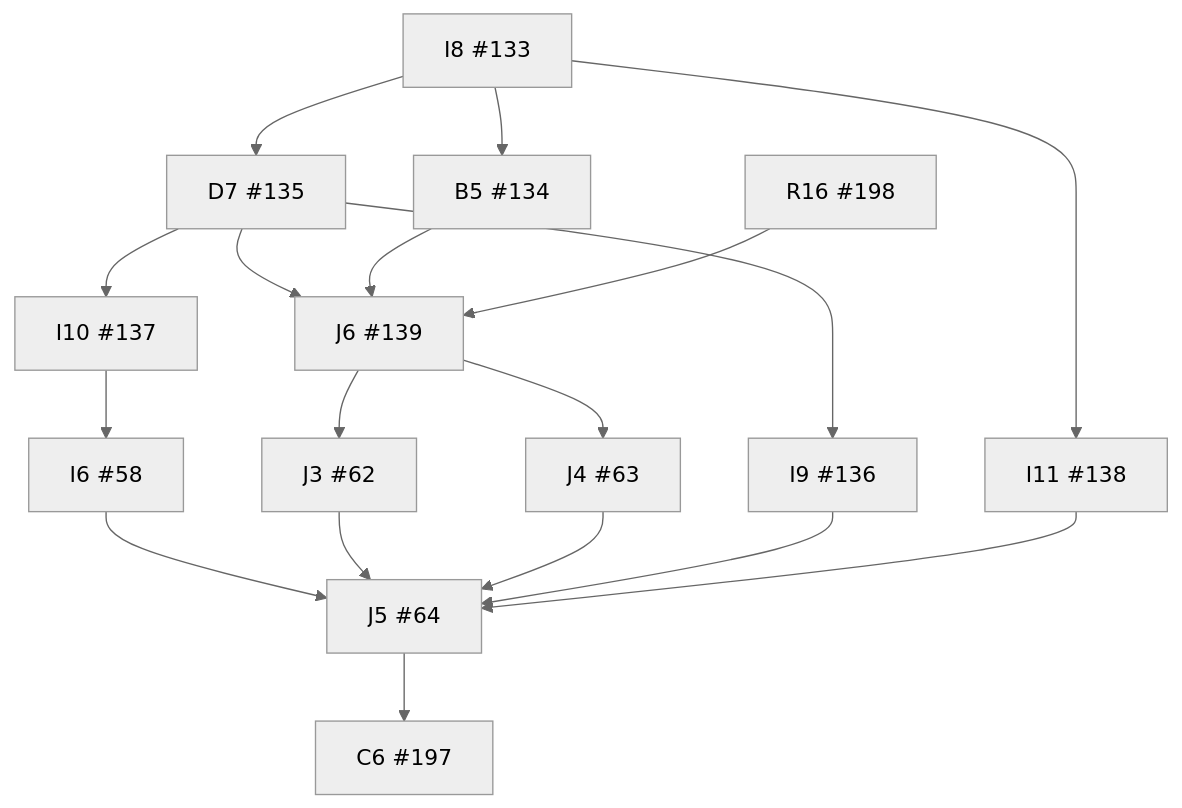
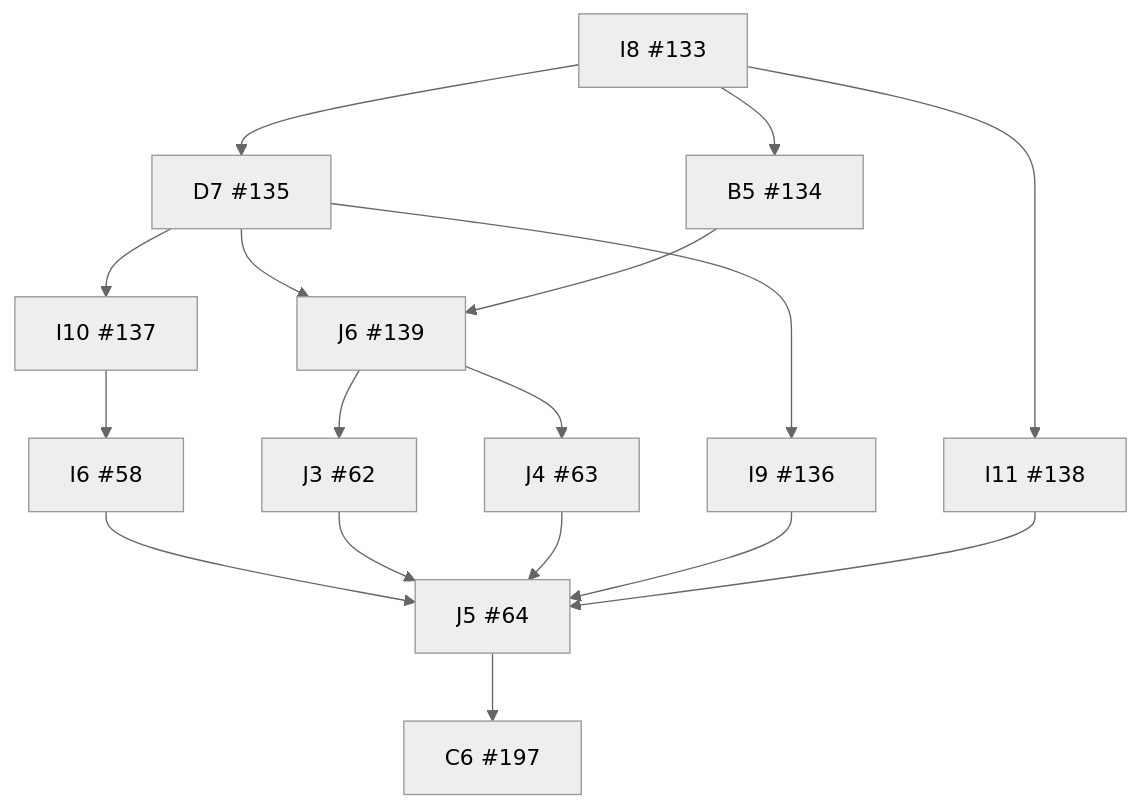
One commit to wojtekpiskorz/kiero changed the diagram in docs/implementation/dependency-graph.md. Above: the diagram before and after it, drawn with Mermaid (neutral theme). The commit also changed other lines of this file and 4 other files, not shown here.

````diff
--- a/docs/implementation/dependency-graph.md
+++ b/docs/implementation/dependency-graph.md
@@ -9,33 +9,31 @@
 ```mermaid
 flowchart TD
   I6["I6 #58"]
   J3["J3 #62"]
   J4["J4 #63"]
   J5["J5 #64"]
   I8["I8 #133"]
   B5["B5 #134"]
   D7["D7 #135"]
   I9["I9 #136"]
   I10["I10 #137"]
   I11["I11 #138"]
   J6["J6 #139"]
   C6["C6 #197"]
-  R16["R16 #198"]
   I10 --> I6
   J6 --> J3
   J6 --> J4
   I6 --> J5
   J3 --> J5
   J4 --> J5
   I9 --> J5
   I11 --> J5
   I8 --> B5
   I8 --> D7
   D7 --> I9
   D7 --> I10
   I8 --> I11
   D7 --> J6
   B5 --> J6
-  R16 --> J6
   J5 --> C6
 ```
````
